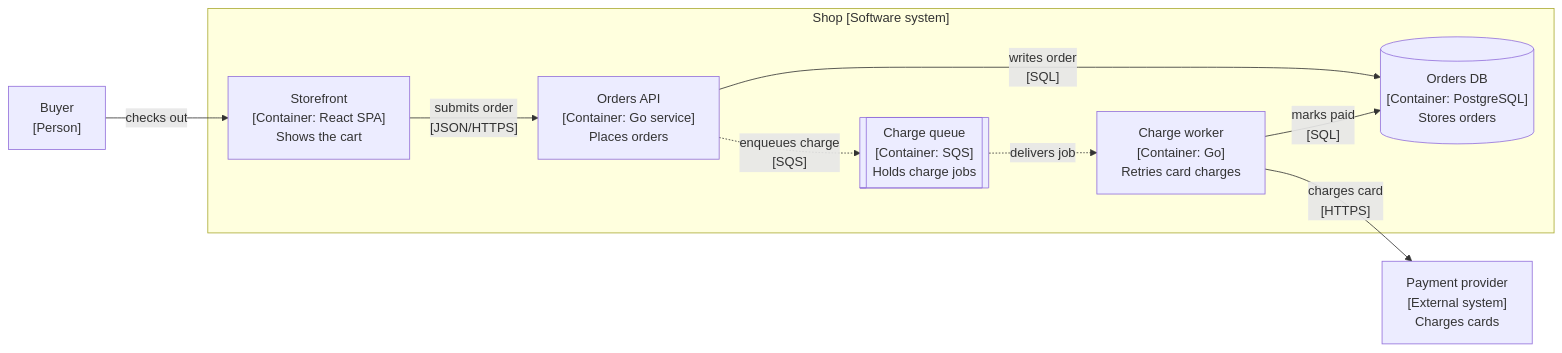
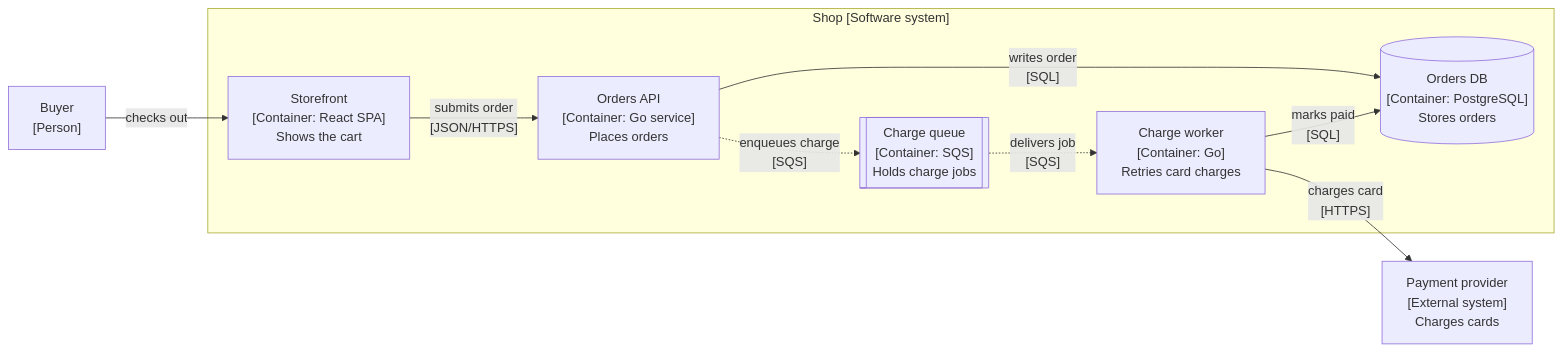
Before and after one commit to paulnsorensen/easy-cheese: the third of 13 diagrams in skills/cheese/references/diagram-templates.md, drawn with Mermaid. The commit also changed other lines of this file and 14 other files, not shown here.

First line of the commit message:
docs(skills): apply review fixes to C4 diagram references

````diff
--- a/skills/cheese/references/diagram-templates.md
+++ b/skills/cheese/references/diagram-templates.md
@@ -73,19 +73,19 @@
 ```mermaid
 flowchart LR
   Buyer["Buyer<br>[Person]"]
   subgraph Shop["Shop [Software system]"]
     Web["Storefront<br>[Container: React SPA]<br>Shows the cart"]
     API["Orders API<br>[Container: Go service]<br>Places orders"]
     Queue[["Charge queue<br>[Container: SQS]<br>Holds charge jobs"]]
     Worker["Charge worker<br>[Container: Go]<br>Retries card charges"]
     DB[("Orders DB<br>[Container: PostgreSQL]<br>Stores orders")]
   end
   Pay["Payment provider<br>[External system]<br>Charges cards"]
   Buyer -->|"checks out"| Web
   Web -->|"submits order<br>[JSON/HTTPS]"| API
   API -->|"writes order<br>[SQL]"| DB
   API -.->|"enqueues charge<br>[SQS]"| Queue
-  Queue -.->|"delivers job"| Worker
+  Queue -.->|"delivers job<br>[SQS]"| Worker
   Worker -->|"charges card<br>[HTTPS]"| Pay
   Worker -->|"marks paid<br>[SQL]"| DB
 ```
````
